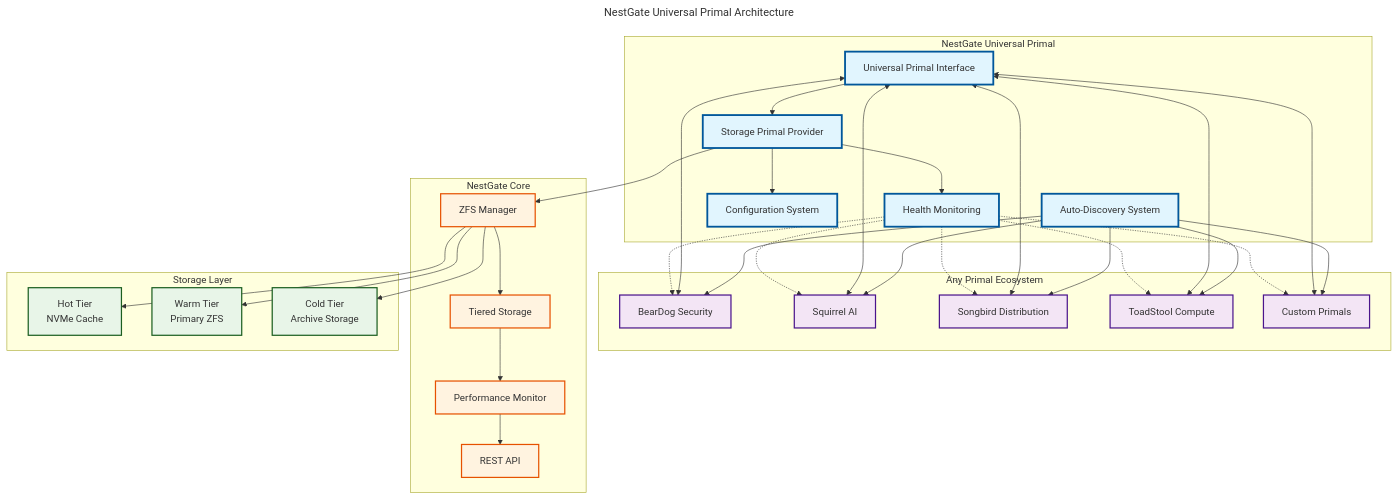
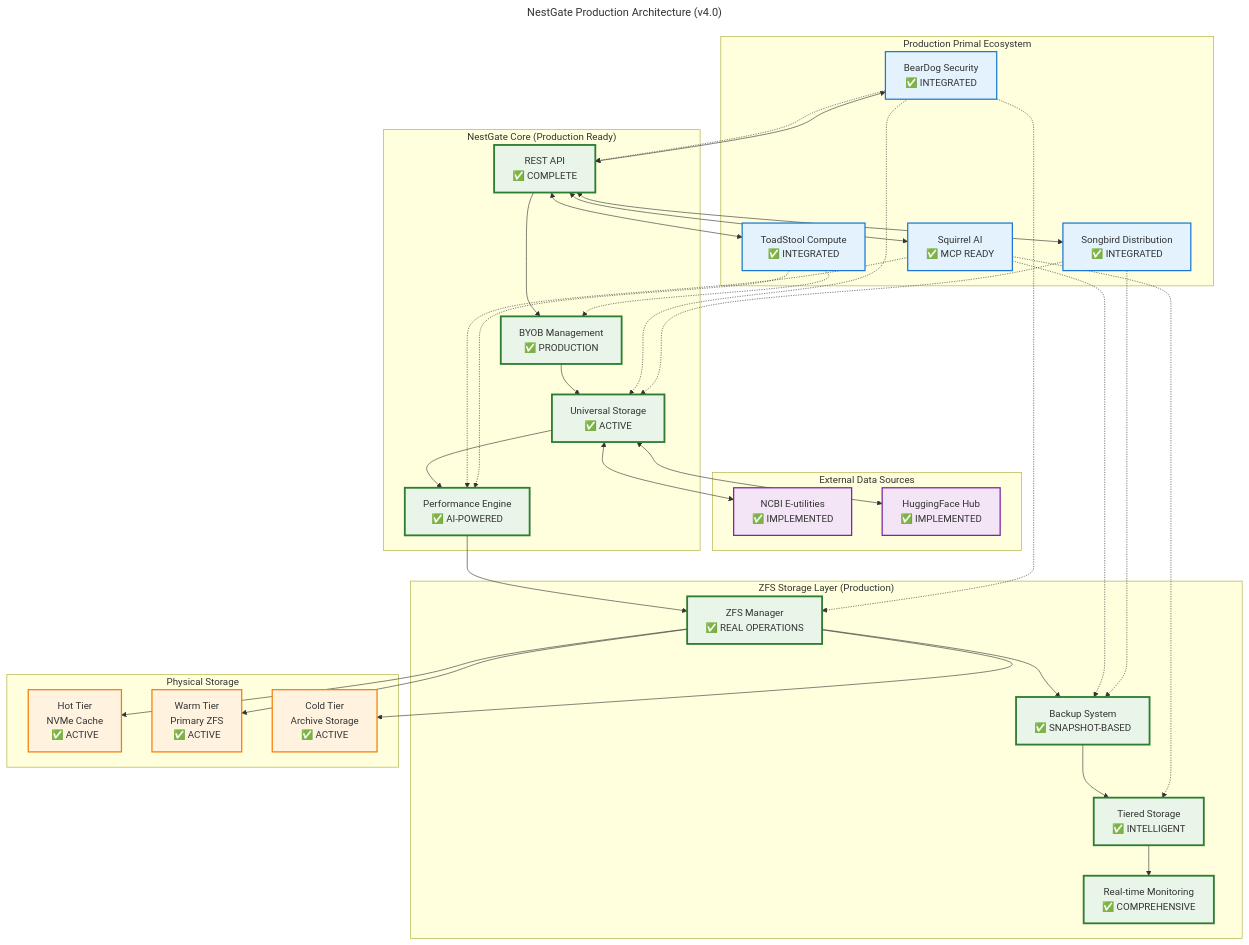
The first of 3 diagrams in specs/ARCHITECTURE_OVERVIEW.md (ecoPrimals/nestGate), drawn with Mermaid before and after one commit. The commit also changed other lines of this file and 139 other files, not shown here.

````diff
--- a/specs/ARCHITECTURE_OVERVIEW.md
+++ b/specs/ARCHITECTURE_OVERVIEW.md
@@ -35,80 +60,90 @@
 ```mermaid
 ---
-title: NestGate Universal Primal Architecture
+title: NestGate Production Architecture (v4.0)
 ---
 flowchart TB
-    subgraph "Any Primal Ecosystem"
-        BEARDOG[BearDog Security]
-        SQUIRREL[Squirrel AI]
-        SONGBIRD[Songbird Distribution]
-        TOADSTOOL[ToadStool Compute]
-        CUSTOM[Custom Primals]
+    subgraph "Production Primal Ecosystem"
+        BEARDOG[BearDog Security<br/>✅ INTEGRATED]
+        SQUIRREL[Squirrel AI<br/>✅ MCP READY]
+        SONGBIRD[Songbird Distribution<br/>✅ INTEGRATED]
+        TOADSTOOL[ToadStool Compute<br/>✅ INTEGRATED]
     end
 
-    subgraph "NestGate Universal Primal"
-        DISCOVERY[Auto-Discovery System]
-        INTERFACE[Universal Primal Interface]
-        STORAGE[Storage Primal Provider]
-        CONFIG[Configuration System]
-        HEALTH[Health Monitoring]
+    subgraph "External Data Sources"
+        NCBI[NCBI E-utilities<br/>✅ IMPLEMENTED]
+        HF[HuggingFace Hub<br/>✅ IMPLEMENTED]
     end
 
-    subgraph "NestGate Core"
-        ZFS[ZFS Manager]
-        TIERS[Tiered Storage]
-        MONITOR[Performance Monitor]
-        API[REST API]
+    subgraph "NestGate Core (Production Ready)"
+        API[REST API<br/>✅ COMPLETE]
+        BYOB[BYOB Management<br/>✅ PRODUCTION]
+        UNIVERSAL[Universal Storage<br/>✅ ACTIVE]
+        PERF[Performance Engine<br/>✅ AI-POWERED]
     end
 
-    subgraph "Storage Layer"
-        HOT[Hot Tier<br/>NVMe Cache]
-        WARM[Warm Tier<br/>Primary ZFS]
-        COLD[Cold Tier<br/>Archive Storage]
+    subgraph "ZFS Storage Layer (Production)"
+        ZFS[ZFS Manager<br/>✅ REAL OPERATIONS]
+        BACKUP[Backup System<br/>✅ SNAPSHOT-BASED]
+        TIERS[Tiered Storage<br/>✅ INTELLIGENT]
+        MONITOR[Real-time Monitoring<br/>✅ COMPREHENSIVE]
     end
 
-    %% Universal Discovery
-    DISCOVERY --> BEARDOG
-    DISCOVERY --> SQUIRREL
-    DISCOVERY --> SONGBIRD
-    DISCOVERY --> TOADSTOOL
-    DISCOVERY --> CUSTOM
+    subgraph "Physical Storage"
+        HOT[Hot Tier<br/>NVMe Cache<br/>✅ ACTIVE]
+        WARM[Warm Tier<br/>Primary ZFS<br/>✅ ACTIVE]
+        COLD[Cold Tier<br/>Archive Storage<br/>✅ ACTIVE]
+    end
 
-    %% Capability-Based Communication
-    INTERFACE <--> BEARDOG
-    INTERFACE <--> SQUIRREL
-    INTERFACE <--> SONGBIRD
-    INTERFACE <--> TOADSTOOL
-    INTERFACE <--> CUSTOM
+    %% Production Integrations
+    API <--> BEARDOG
+    API <--> SQUIRREL
+    API <--> SONGBIRD
+    API <--> TOADSTOOL
+    
+    %% Data Source Integration
+    UNIVERSAL <--> NCBI
+    UNIVERSAL <--> HF
 
-    %% NestGate Internal
-    INTERFACE --> STORAGE
-    STORAGE --> CONFIG
-    STORAGE --> HEALTH
-    STORAGE --> ZFS
-    ZFS --> TIERS
+    %% Core System Flow
+    API --> BYOB
+    BYOB --> UNIVERSAL
+    UNIVERSAL --> PERF
+    PERF --> ZFS
+    ZFS --> BACKUP
+    BACKUP --> TIERS
     TIERS --> MONITOR
-    MONITOR --> API
 
-    %% Storage Tiers
+    %% Storage Tier Management
     ZFS --> HOT
     ZFS --> WARM
     ZFS --> COLD
 
-    %% Health Monitoring
-    HEALTH -.-> BEARDOG
-    HEALTH -.-> SQUIRREL
-    HEALTH -.-> SONGBIRD
-    HEALTH -.-> TOADSTOOL
-    HEALTH -.-> CUSTOM
+    %% AI Integration
+    SQUIRREL -.-> PERF
+    SQUIRREL -.-> BACKUP
+    SQUIRREL -.-> TIERS
+
+    %% Security Integration
+    BEARDOG -.-> API
+    BEARDOG -.-> UNIVERSAL
+    BEARDOG -.-> ZFS
+
+    %% Network Integration
+    SONGBIRD -.-> UNIVERSAL
+    SONGBIRD -.-> BACKUP
+
+    %% Compute Integration
+    TOADSTOOL -.-> BYOB
+    TOADSTOOL -.-> PERF
 
     %% Styling
-    classDef universal fill:#e1f5fe,stroke:#01579b,stroke-width:3px
-    classDef primal fill:#f3e5f5,stroke:#4a148c,stroke-width:2px
-    classDef storage fill:#e8f5e8,stroke:#1b5e20,stroke-width:2px
-    classDef core fill:#fff3e0,stroke:#e65100,stroke-width:2px
+    classDef production fill:#e8f5e8,stroke:#2e7d32,stroke-width:3px
+    classDef integrated fill:#e3f2fd,stroke:#1976d2,stroke-width:2px
+    classDef storage fill:#fff3e0,stroke:#f57c00,stroke-width:2px
+    classDef external fill:#f3e5f5,stroke:#7b1fa2,stroke-width:2px
 
-    class DISCOVERY,INTERFACE,STORAGE,CONFIG,HEALTH universal
-    class BEARDOG,SQUIRREL,SONGBIRD,TOADSTOOL,CUSTOM primal
+    class API,BYOB,UNIVERSAL,PERF,ZFS,BACKUP,TIERS,MONITOR production
+    class BEARDOG,SQUIRREL,SONGBIRD,TOADSTOOL integrated
     class HOT,WARM,COLD storage
-    class ZFS,TIERS,MONITOR,API core
+    class NCBI,HF external
 ```
````
